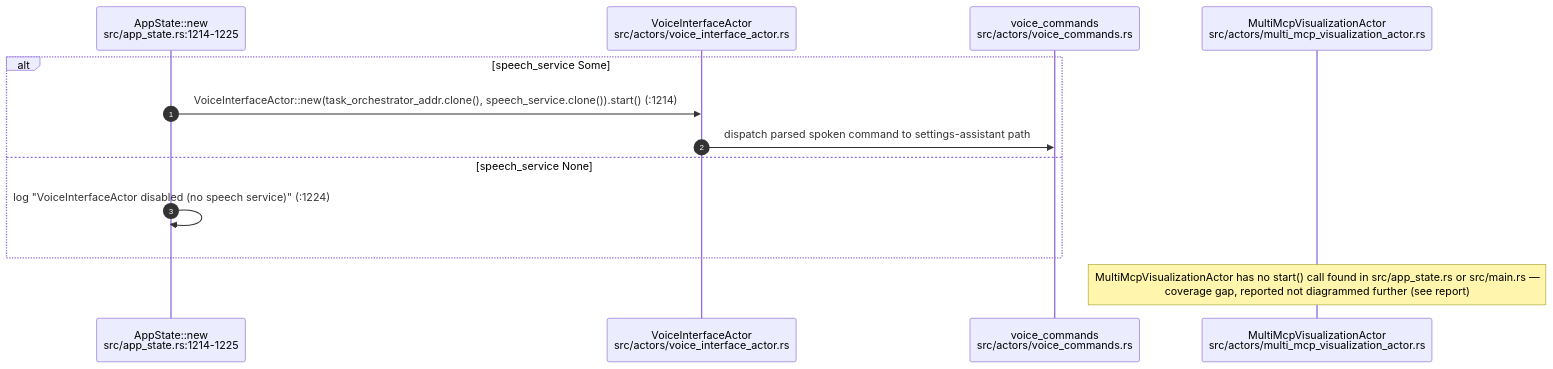
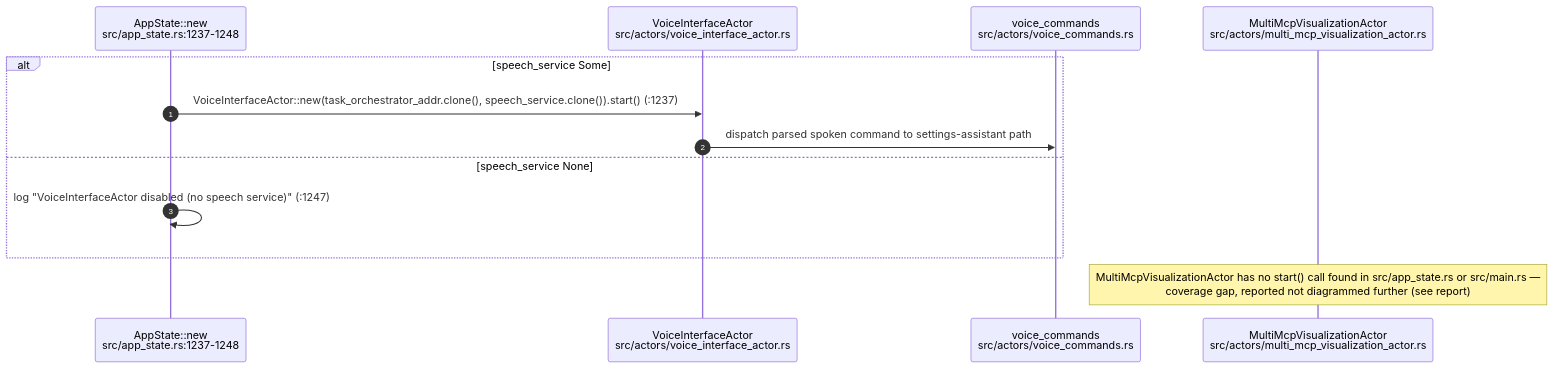
Diagram 13 of 14 in docs/diagrams/visionclaw/02-actor-supervision.md (DreamLab-AI/VisionFlow), drawn with Mermaid before and after one commit. The commit also changed other lines of this file and 154 other files, not shown here.

First line of the commit message:
docs(diagrams): re-stamp 154 topics whose every citation still reads the same text at the current heads

````diff
--- a/docs/diagrams/visionclaw/02-actor-supervision.md
+++ b/docs/diagrams/visionclaw/02-actor-supervision.md
@@ -501,16 +501,16 @@
 ```mermaid
 sequenceDiagram
     autonumber
-    participant APP as AppState::new<br/>src/app_state.rs:1214-1225
+    participant APP as AppState::new<br/>src/app_state.rs:1237-1248
     participant VI as VoiceInterfaceActor<br/>src/actors/voice_interface_actor.rs
     participant VC as voice_commands<br/>src/actors/voice_commands.rs
     participant MMV as MultiMcpVisualizationActor<br/>src/actors/multi_mcp_visualization_actor.rs
 
     alt speech_service Some
-        APP->>VI: VoiceInterfaceActor::new(task_orchestrator_addr.clone(), speech_service.clone()).start() (:1214)
+        APP->>VI: VoiceInterfaceActor::new(task_orchestrator_addr.clone(), speech_service.clone()).start() (:1237)
         VI->>VC: dispatch parsed spoken command to settings-assistant path
     else speech_service None
-        APP->>APP: log "VoiceInterfaceActor disabled (no speech service)" (:1224)
+        APP->>APP: log "VoiceInterfaceActor disabled (no speech service)" (:1247)
     end
     Note over MMV: MultiMcpVisualizationActor has no start() call found in src/app_state.rs or src/main.rs —<br/>coverage gap, reported not diagrammed further (see report)
 ```
````
